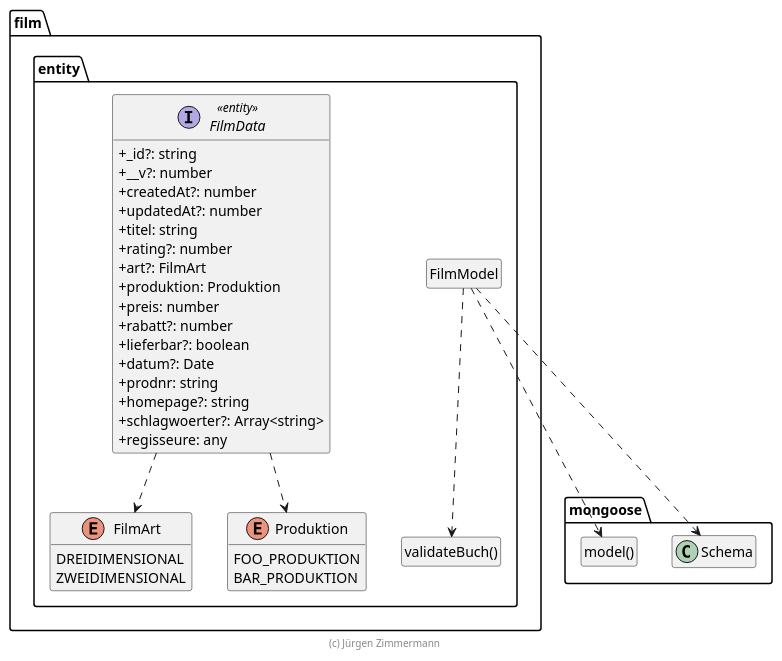
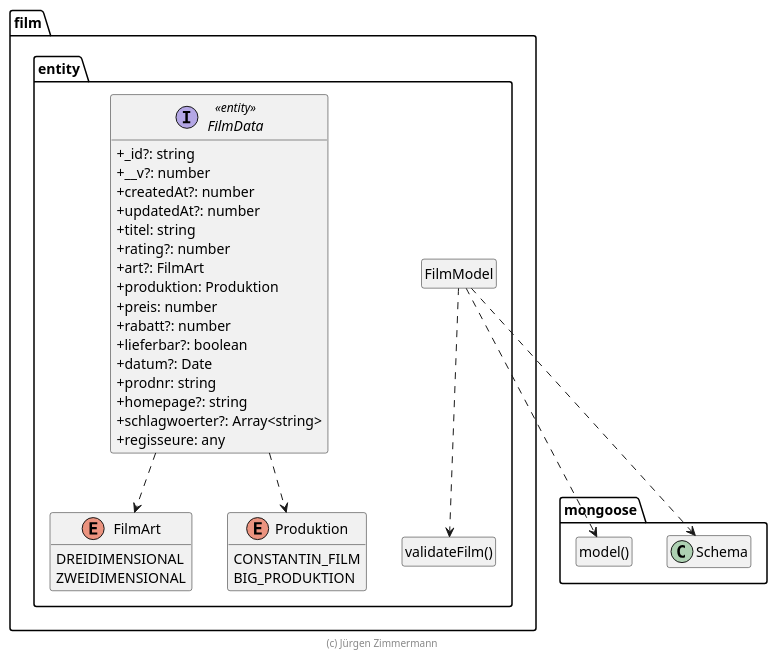
The diagram in doc/entwicklerhandbuch/Film.puml (marcelmaerdian/SWE_WS2020), drawn with PlantUML before and after one commit. The commit also changed 16 other files, not shown here.

Commit message:
Entwicklung validateFilm.ts

```diff
--- a/doc/entwicklerhandbuch/Film.puml
+++ b/doc/entwicklerhandbuch/Film.puml
@@ -15,62 +15,62 @@
 @startuml Anwendungskern
 
 !pragma useNewPackage
 skinparam classAttributeIconSize 0
 skinparam componentStyle uml2
 
 package mongoose {
   class Schema
 
   class "model()" as model
   hide model circle
 }
 
 package film.entity {
-  class "validateBuch()" as validateBuch
-  hide validateBuch circle
+  class "validateFilm()" as validateFilm
+  hide validateFilm circle
 
   class FilmModel
   hide FilmModel circle
 
   FilmModel ..> Schema
   FilmModel ..> model
-  FilmModel ..> validateBuch
+  FilmModel ..> validateFilm
 
   FilmData ..> FilmArt
   FilmData ..> Produktion
 
   enum FilmArt {
     DREIDIMENSIONAL
     ZWEIDIMENSIONAL
   }
 
   enum Produktion {
-    FOO_PRODUKTION
-    BAR_PRODUKTION
+    CONSTANTIN_FILM
+    BIG_PRODUKTION
   }
 
   interface FilmData <<entity>> {
     + _id?: string
     + __v?: number
     + createdAt?: number
     + updatedAt?: number
     + titel: string
     + rating?: number
     + art?: FilmArt
     + produktion: Produktion
     + preis: number
     + rabatt?: number
     + lieferbar?: boolean
     + datum?: Date
     + prodnr: string
     + homepage?: string
     + schlagwoerter?: Array<string>
     + regisseure: any
   }
 }
 
 hide empty members
 
 footer (c) Jürgen Zimmermann
 
 @enduml
```
